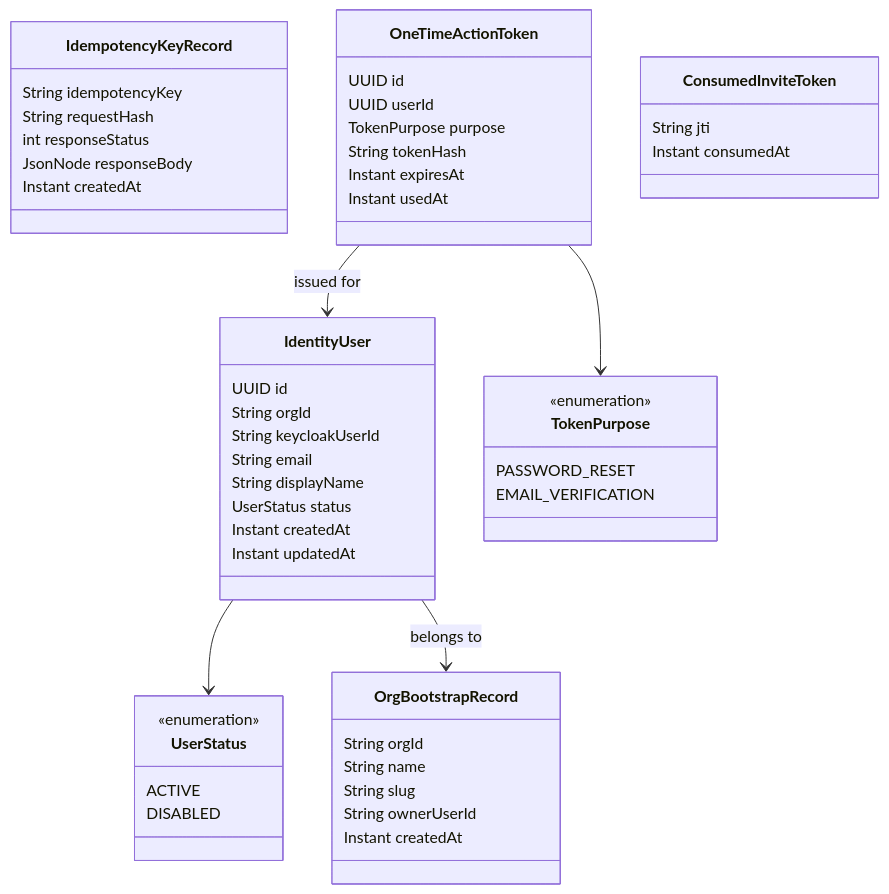
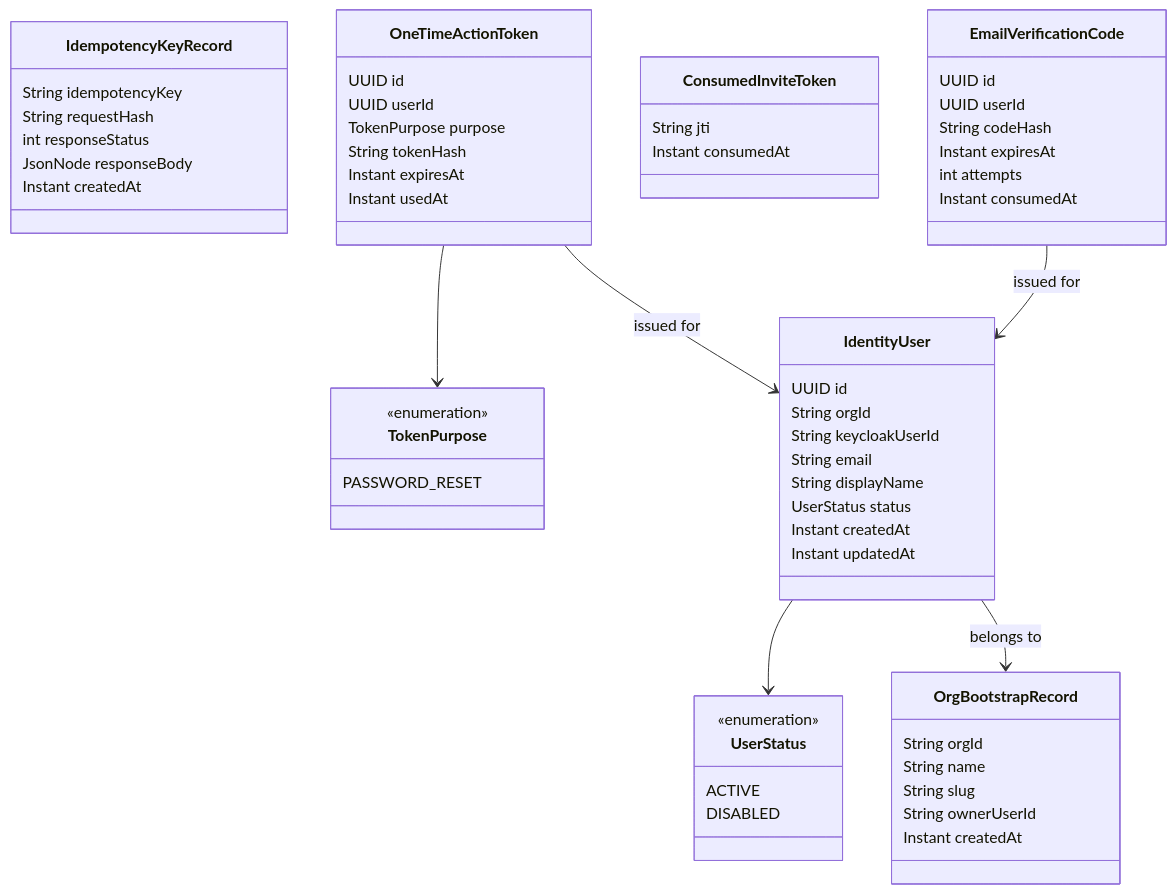
One commit to Wamitinewton/Pallet.io changed the second of 8 diagrams in docs/identity-service/ARCHITECTURE.md. Above: the diagram before and after it, drawn with Mermaid. The commit also changed other lines of this file and 58 other files, not shown here.

First line of the commit message:
feat: add auth, email verification, password reset, invite acceptance and account self-service to identity-service

````diff
--- a/docs/identity-service/ARCHITECTURE.md
+++ b/docs/identity-service/ARCHITECTURE.md
@@ -185,60 +189,69 @@
 ```mermaid
 classDiagram
     class OrgBootstrapRecord {
         String orgId
         String name
         String slug
         String ownerUserId
         Instant createdAt
     }
 
     class IdentityUser {
         UUID id
         String orgId
         String keycloakUserId
         String email
         String displayName
         UserStatus status
         Instant createdAt
         Instant updatedAt
     }
 
     class UserStatus {
         <<enumeration>>
         ACTIVE
         DISABLED
     }
 
     class IdempotencyKeyRecord {
         String idempotencyKey
         String requestHash
         int responseStatus
         JsonNode responseBody
         Instant createdAt
     }
 
     class OneTimeActionToken {
         UUID id
         UUID userId
         TokenPurpose purpose
         String tokenHash
         Instant expiresAt
         Instant usedAt
     }
 
     class TokenPurpose {
         <<enumeration>>
         PASSWORD_RESET
-        EMAIL_VERIFICATION
     }
 
     class ConsumedInviteToken {
         String jti
         Instant consumedAt
     }
 
+    class EmailVerificationCode {
+        UUID id
+        UUID userId
+        String codeHash
+        Instant expiresAt
+        int attempts
+        Instant consumedAt
+    }
+
     IdentityUser --> UserStatus
     IdentityUser --> OrgBootstrapRecord : belongs to
     OneTimeActionToken --> TokenPurpose
     OneTimeActionToken --> IdentityUser : issued for
+    EmailVerificationCode --> IdentityUser : issued for
 ```
````
